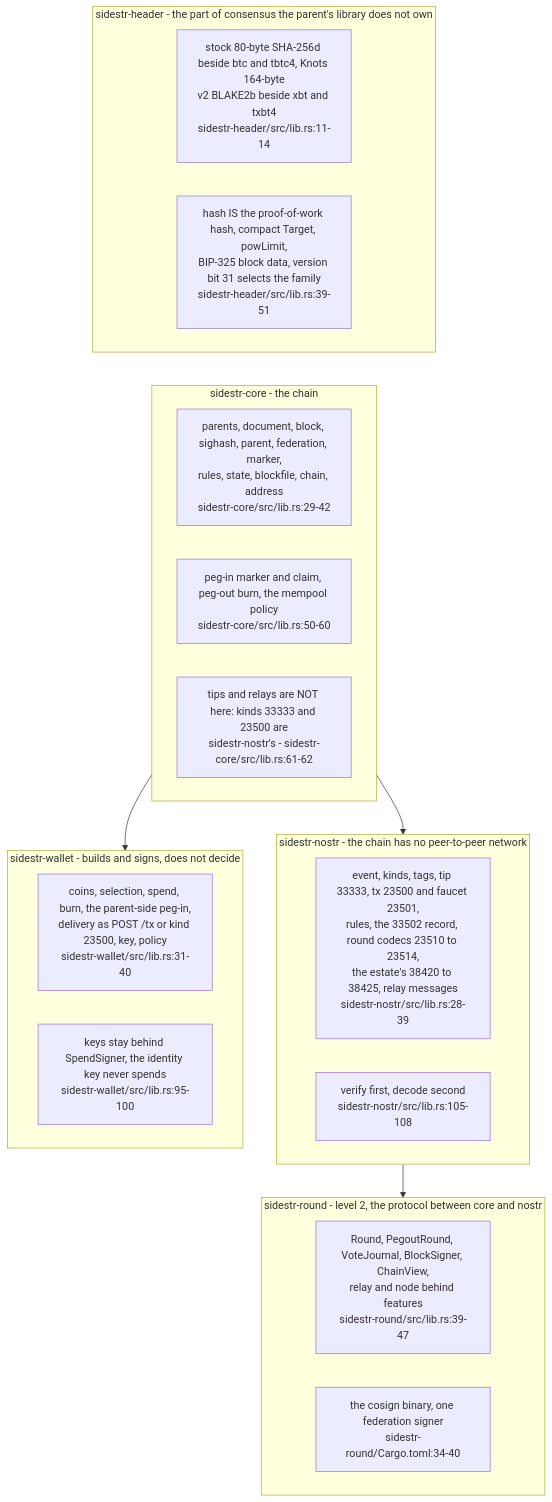
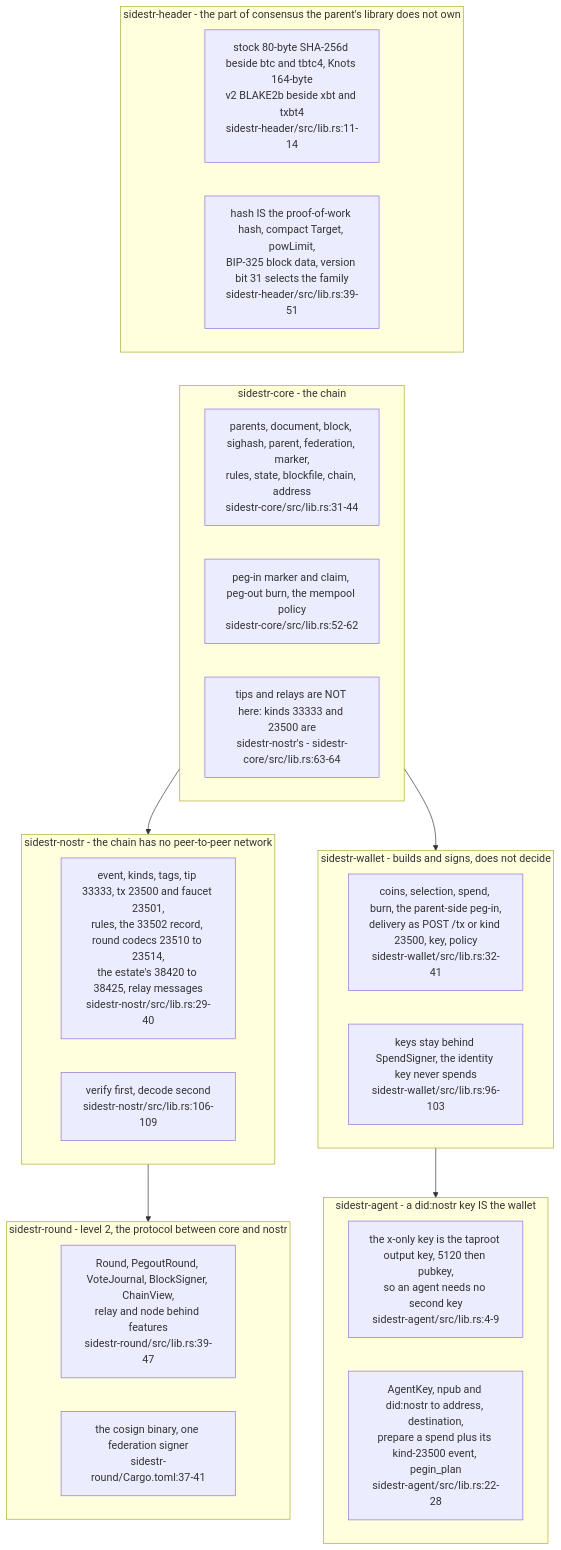
The second of 6 diagrams in docs/diagrams/sidestr-rs/01-crates-oracle-and-live-loop.md (DreamLab-AI/VisionFlow), drawn with Mermaid before and after one commit. The commit also changed other lines of this file and 5 other files, not shown here.

First line of the commit message:
docs(diagrams): re-stamp SR-01 at sidestr-rs 592b2ff — six crates, pinned oracle CI, SPEC 0.0.3, sidestr-agent

````diff
--- a/docs/diagrams/sidestr-rs/01-crates-oracle-and-live-loop.md
+++ b/docs/diagrams/sidestr-rs/01-crates-oracle-and-live-loop.md
@@ -78,28 +87,33 @@
 ```mermaid
 flowchart TB
     subgraph h["sidestr-header - the part of consensus the parent's library does not own"]
         H1["stock 80-byte SHA-256d beside btc and tbtc4, Knots 164-byte<br/>v2 BLAKE2b beside xbt and txbt4<br/>sidestr-header/src/lib.rs:11-14"]
         H2["hash IS the proof-of-work hash, compact Target, powLimit,<br/>BIP-325 block data, version bit 31 selects the family<br/>sidestr-header/src/lib.rs:39-51"]
     end
     subgraph c["sidestr-core - the chain"]
-        C1["parents, document, block, sighash, parent, federation, marker,<br/>rules, state, blockfile, chain, address<br/>sidestr-core/src/lib.rs:29-42"]
-        C2["peg-in marker and claim, peg-out burn, the mempool policy<br/>sidestr-core/src/lib.rs:50-60"]
-        C3["tips and relays are NOT here: kinds 33333 and 23500 are<br/>sidestr-nostr's - sidestr-core/src/lib.rs:61-62"]
+        C1["parents, document, block, sighash, parent, federation, marker,<br/>rules, state, blockfile, chain, address<br/>sidestr-core/src/lib.rs:31-44"]
+        C2["peg-in marker and claim, peg-out burn, the mempool policy<br/>sidestr-core/src/lib.rs:52-62"]
+        C3["tips and relays are NOT here: kinds 33333 and 23500 are<br/>sidestr-nostr's - sidestr-core/src/lib.rs:63-64"]
     end
     subgraph n["sidestr-nostr - the chain has no peer-to-peer network"]
-        N1["event, kinds, tags, tip 33333, tx 23500 and faucet 23501,<br/>rules, the 33502 record, round codecs 23510 to 23514,<br/>the estate's 38420 to 38425, relay messages<br/>sidestr-nostr/src/lib.rs:28-39"]
-        N2["verify first, decode second<br/>sidestr-nostr/src/lib.rs:105-108"]
+        N1["event, kinds, tags, tip 33333, tx 23500 and faucet 23501,<br/>rules, the 33502 record, round codecs 23510 to 23514,<br/>the estate's 38420 to 38425, relay messages<br/>sidestr-nostr/src/lib.rs:29-40"]
+        N2["verify first, decode second<br/>sidestr-nostr/src/lib.rs:106-109"]
     end
     subgraph w["sidestr-wallet - builds and signs, does not decide"]
-        W1["coins, selection, spend, burn, the parent-side peg-in,<br/>delivery as POST /tx or kind 23500, key, policy<br/>sidestr-wallet/src/lib.rs:31-40"]
-        W2["keys stay behind SpendSigner, the identity key never spends<br/>sidestr-wallet/src/lib.rs:95-100"]
+        W1["coins, selection, spend, burn, the parent-side peg-in,<br/>delivery as POST /tx or kind 23500, key, policy<br/>sidestr-wallet/src/lib.rs:32-41"]
+        W2["keys stay behind SpendSigner, the identity key never spends<br/>sidestr-wallet/src/lib.rs:96-103"]
     end
     subgraph r["sidestr-round - level 2, the protocol between core and nostr"]
         R1["Round, PegoutRound, VoteJournal, BlockSigner, ChainView,<br/>relay and node behind features<br/>sidestr-round/src/lib.rs:39-47"]
-        R2["the cosign binary, one federation signer<br/>sidestr-round/Cargo.toml:34-40"]
+        R2["the cosign binary, one federation signer<br/>sidestr-round/Cargo.toml:37-41"]
+    end
+    subgraph a["sidestr-agent - a did:nostr key IS the wallet"]
+        A1["the x-only key is the taproot output key, 5120 then pubkey,<br/>so an agent needs no second key<br/>sidestr-agent/src/lib.rs:4-9"]
+        A2["AgentKey, npub and did:nostr to address, destination,<br/>prepare a spend plus its kind-23500 event, pegin_plan<br/>sidestr-agent/src/lib.rs:22-28"]
     end
     h ~~~ c
     c --> n
     c --> w
     n --> r
+    w --> a
 ```
````
